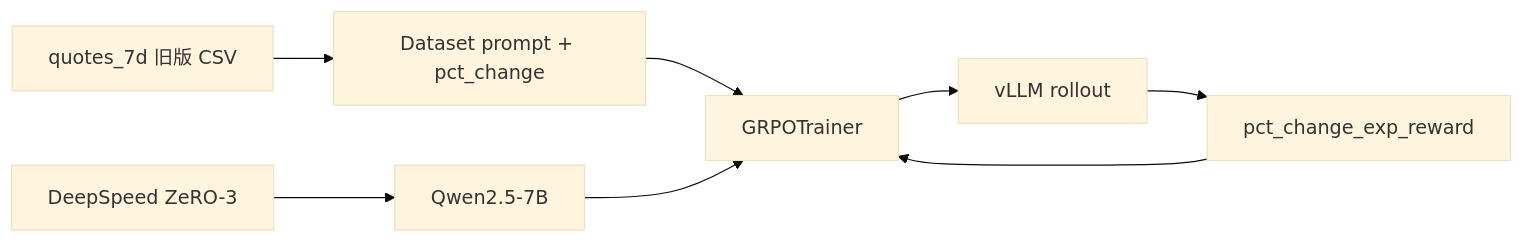
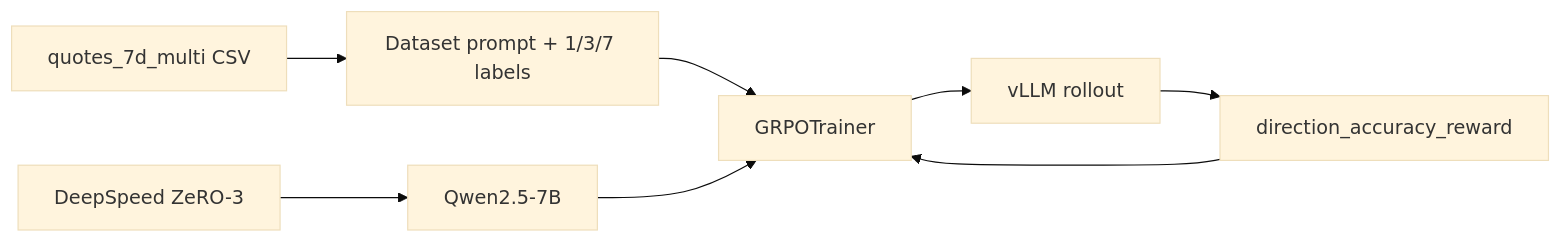
Before and after one commit to phcool/MarketMind: the second of 2 diagrams in docs/ARCHITECTURE.md, drawn with Mermaid (base theme). The commit also changed other lines of this file and 26 other files, not shown here.

````diff
--- a/docs/ARCHITECTURE.md
+++ b/docs/ARCHITECTURE.md
@@ -262,10 +282,10 @@
 ```mermaid
 flowchart LR
-  CSV[quotes_7d 旧版 CSV] --> DS[Dataset prompt + pct_change]
+  CSV[quotes_7d_multi CSV] --> DS[Dataset prompt + 1/3/7 labels]
   DS --> T[GRPOTrainer]
   M[Qwen2.5-7B] --> T
   T --> V[vLLM rollout]
-  V --> R[pct_change_exp_reward]
+  V --> R[direction_accuracy_reward]
   R --> T
   DS3[DeepSpeed ZeRO-3] --> M
 ```
````
